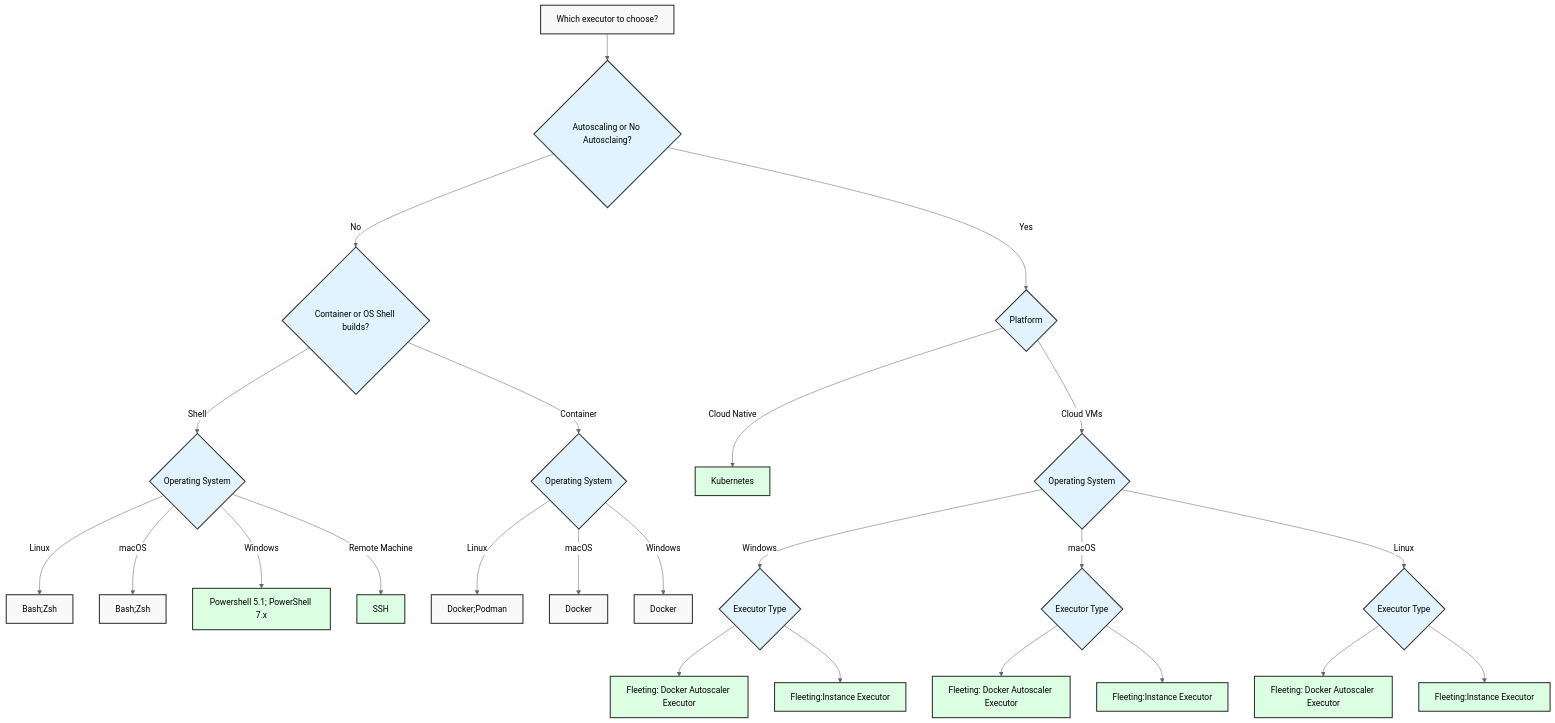
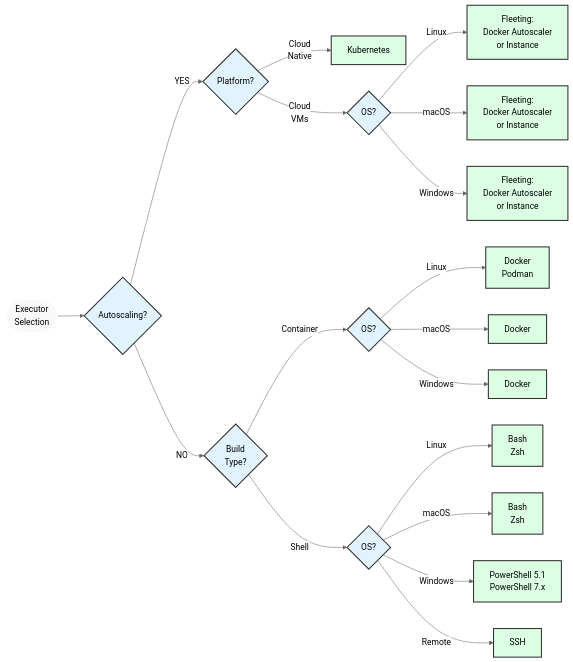
Before and after one commit to gitlabhq/gitlab-runner: the diagram in docs/executors/_index.md, drawn with Mermaid (neutral theme). The commit also changed other lines of this file, not shown here.

Commit message:
Made the mermaid chart readable

````diff
--- a/docs/executors/_index.md
+++ b/docs/executors/_index.md
@@ -210,48 +208,34 @@
 ```mermaid
-graph TD
-    Start[Which executor to choose?] --> BuildType{Autoscaling or No Autosclaing?}
-
-
-    BuildType -->|No| BuildType2{Container or OS Shell builds?}
-    BuildType-->|Yes| Platform{Platform}
-    BuildType2 -->|Shell| ShellOptions{Operating System}
-    BuildType2 -->|Container| ContainerOptions{Operating System}
-
-
-    Platform -->|Cloud Native| Kubernetes[Kubernetes]
-    Platform -->|Cloud VMs| OSType{Operating System}
-
-    OSType -->|Windows| WinExec{Executor Type}
-    OSType -->|macOS| MacExec{Executor Type}
-    OSType -->|Linux| LinuxExec{Executor Type}
-
-
-    WinExec --> AutoscalerWin[Fleeting: Docker Autoscaler Executor]
-    WinExec --> InstanceWin[Fleeting:Instance Executor]
-
-    MacExec --> AutoscalerMac[Fleeting: Docker Autoscaler Executor]
-    MacExec --> InstanceMac[Fleeting:Instance Executor]
-
-    LinuxExec --> AutoscalerLin[Fleeting: Docker Autoscaler Executor]
-    LinuxExec --> InstanceLin[Fleeting:Instance Executor]
-
-
-    ShellOptions -->|Linux| Linux_Shell[Bash;Zsh]
-    ShellOptions -->|macOS| MacOS[Bash;Zsh]
-    ShellOptions -->|Windows| Windows[Powershell 5.1; PowerShell 7.x]
-    ShellOptions -->|Remote Machine| SSH[SSH]
-
-
-    ContainerOptions -->|Linux| Linux_Shell2[Docker;Podman]
-    ContainerOptions -->|macOS| macOS2[Docker]
-    ContainerOptions -->|Windows| Windows2[Docker]
-
-    %% Styling
-    classDef default fill:#f9f9f9,stroke:#333,stroke-width:2px;
-    classDef decision fill:#e1f3fe,stroke:#333,stroke-width:2px;
-    classDef executor fill:#dcffe4,stroke:#333,stroke-width:2px;
-
-    class Start default;
-    class BuildType,BuildType2,Container,Scaling,AutoScale,NoAutoScale,ShellOptions,ContainerOptions,OSType,WinExec,MacExec,Platform,LinuxExec decision;
-    class Kubernetes,Docker,Custom,Shell,Windows,SSH,DockerMachineWin,AutoscalerWin,InstanceWin,DockerMachineMac,AutoscalerMac,InstanceMac,DockerMachineLin,AutoscalerLin,InstanceLin executor;
+flowchart LR
+    Start([Executor<br/>Selection]) --> Auto{Autoscaling?}
+    
+    Auto -->|YES| Platform{Platform?}
+    Auto -->|NO| BuildType{Build<br/>Type?}
+    
+    Platform -->|Cloud<br/>Native| K8s[Kubernetes]
+    Platform -->|Cloud<br/>VMs| OS1{OS?}
+    
+    OS1 -->|Linux| L1[Fleeting:<br/>Docker Autoscaler<br/>or Instance]
+    OS1 -->|macOS| M1[Fleeting:<br/>Docker Autoscaler<br/>or Instance]
+    OS1 -->|Windows| W1[Fleeting:<br/>Docker Autoscaler<br/>or Instance]
+    
+    BuildType -->|Container| OS2{OS?}
+    BuildType -->|Shell| OS3{OS?}
+    
+    OS2 -->|Linux| L2[Docker<br/>Podman]
+    OS2 -->|macOS| M2[Docker]
+    OS2 -->|Windows| W2[Docker]
+    
+    OS3 -->|Linux| L3[Bash<br/>Zsh]
+    OS3 -->|macOS| M3[Bash<br/>Zsh]
+    OS3 -->|Windows| W3[PowerShell 5.1<br/>PowerShell 7.x]
+    OS3 -->|Remote| R3[SSH]
+    
+    classDef question fill:#e1f3fe,stroke:#333,stroke-width:2px,color:#000
+    classDef result fill:#dcffe4,stroke:#333,stroke-width:2px,color:#000
+    classDef start fill:#f9f9f9,stroke:#fff,stroke-width:2px,color:#000
+    
+    class Start start;
+    class Auto,Platform,BuildType,OS1,OS2,OS3 question;
+    class K8s,L1,M1,W1,L2,M2,W2,L3,M3,W3,R3 result;
 ```
````
